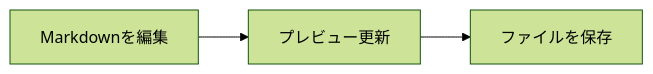
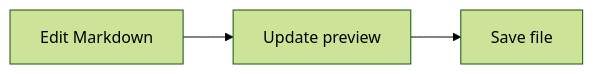
One commit to tetsuji16/Markda changed the diagram in docs/DEMO.md. Above: the diagram before and after it, drawn with Mermaid (forest theme). The commit also changed other lines of this file and 13 other files, not shown here.

````diff
--- a/docs/DEMO.md
+++ b/docs/DEMO.md
@@ -40,5 +40,5 @@
 ```mermaid
 flowchart LR
-  Edit[Markdownを編集] --> Preview[プレビュー更新]
-  Preview --> Save[ファイルを保存]
+  Edit[Edit Markdown] --> Preview[Update preview]
+  Preview --> Save[Save file]
 ```
````
